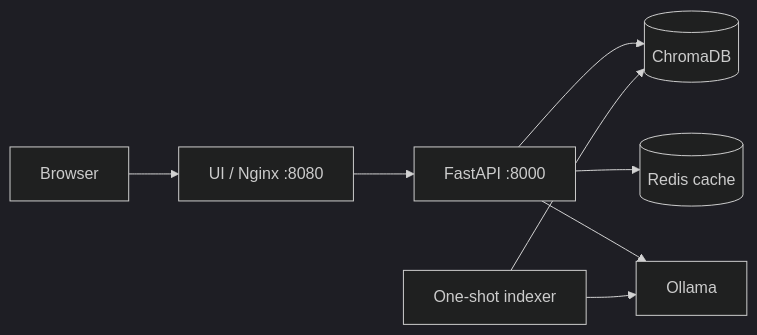
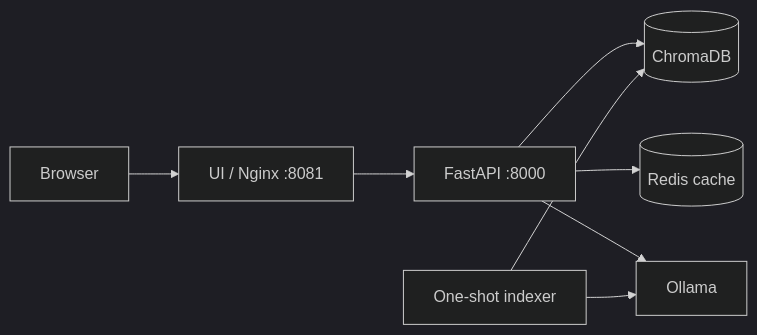
Before and after one commit to tawassulAkbr/rahbar-starter: the diagram in README.md, drawn with Mermaid (dark theme). The commit also changed other lines of this file and 19 other files, not shown here.

````diff
--- a/README.md
+++ b/README.md
@@ -20,10 +20,10 @@
 ```mermaid
 flowchart LR
-    Browser[Browser] --> UI[UI / Nginx :8080]
+    Browser[Browser] --> UI[UI / Nginx :8081]
     UI --> API[FastAPI :8000]
     API --> Chroma[(ChromaDB)]
     API --> Redis[(Redis cache)]
     API --> Ollama[Ollama]
     Indexer[One-shot indexer] --> Chroma
     Indexer --> Ollama
 ```
````
